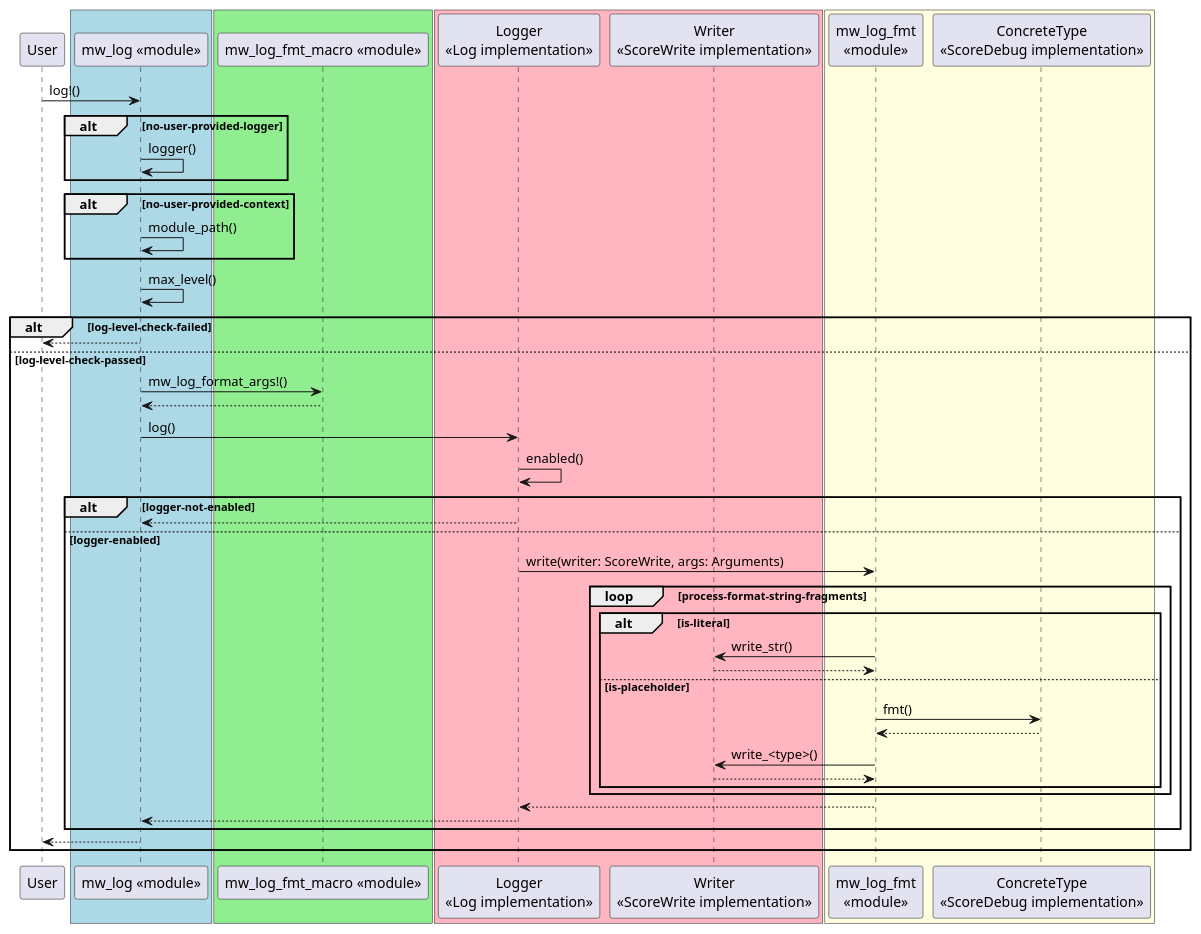
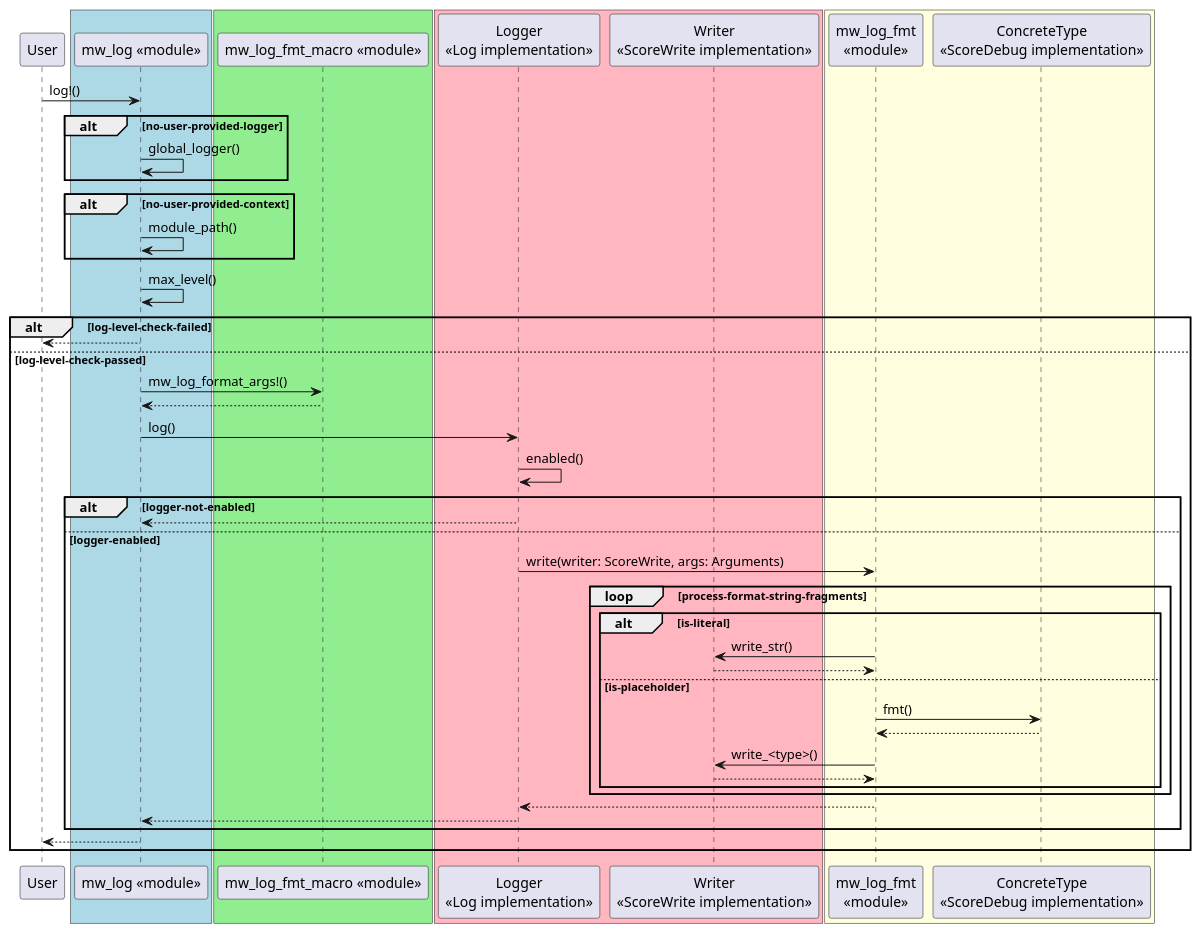
One commit to etas-contrib/score_baselibs_rust changed the diagram in docs/baselibs_rust/log/detailed_design/_assets/log_op.puml. Above: the diagram before and after it, drawn with PlantUML. The commit also changed 25 other files, not shown here.

```diff
--- a/docs/baselibs_rust/log/detailed_design/_assets/log_op.puml
+++ b/docs/baselibs_rust/log/detailed_design/_assets/log_op.puml
@@ -1,70 +1,70 @@
 @startuml log_op
 
 participant "User" as actor
 
 box #LightBlue
 participant "mw_log <<module>>" as mw_log
 end box
 
 box #LightGreen
 participant "mw_log_fmt_macro <<module>>" as mw_log_fmt_macro
 end box
 
 box #LightPink
 participant "Logger\n<<Log implementation>>" as logger
 participant "Writer\n<<ScoreWrite implementation>>" as writer
 end box
 
 box #LightYellow
 participant "mw_log_fmt\n<<module>>" as mw_log_fmt
 participant "ConcreteType\n<<ScoreDebug implementation>>" as score_debug
 end box
 
 actor -> mw_log : log!()
 
 alt no-user-provided-logger
-    mw_log -> mw_log : logger()
+    mw_log -> mw_log : global_logger()
 end
 
 alt no-user-provided-context
     mw_log -> mw_log : module_path()
 end
 
 mw_log -> mw_log : max_level()
 
 alt log-level-check-failed
     mw_log --> actor
 
 else log-level-check-passed
     mw_log -> mw_log_fmt_macro : mw_log_format_args!()
     mw_log_fmt_macro --> mw_log
 
     mw_log -> logger : log()
 
     logger -> logger : enabled()
 
     alt logger-not-enabled
         logger --> mw_log
 
     else logger-enabled
         logger -> mw_log_fmt : write(writer: ScoreWrite, args: Arguments)
         loop process-format-string-fragments
             alt is-literal
                 mw_log_fmt -> writer : write_str()
                 writer --> mw_log_fmt
             else is-placeholder
                 mw_log_fmt -> score_debug : fmt()
                 score_debug --> mw_log_fmt
 
                 mw_log_fmt -> writer : write_<type>()
                 writer --> mw_log_fmt
             end
         end
 
         mw_log_fmt --> logger
         logger --> mw_log
     end
     mw_log --> actor
 end
 
 @enduml
```
